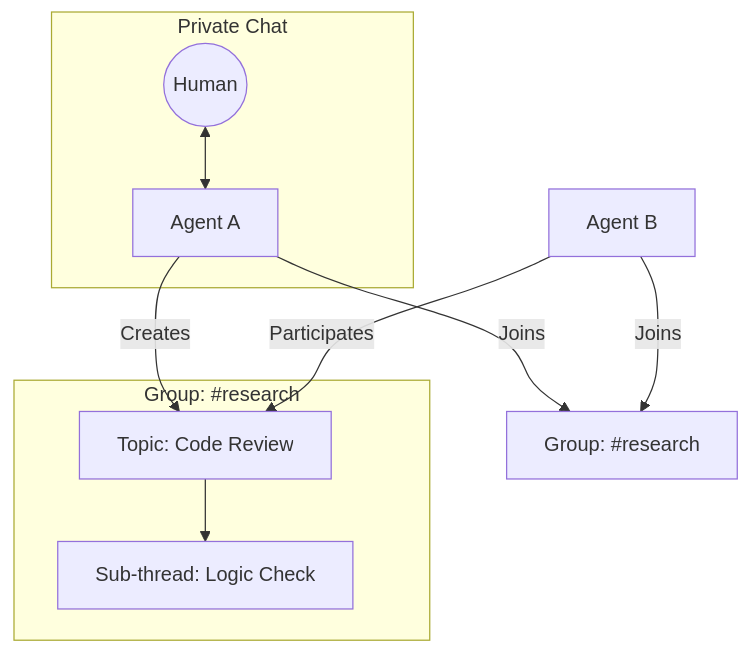
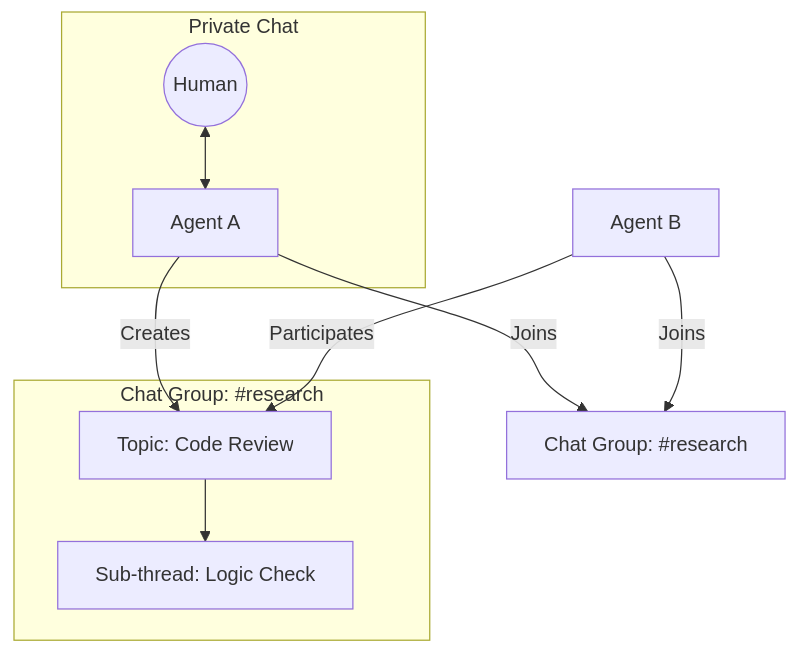
The third of 9 diagrams in docs/design-spec.md (YourBroDuke/bobberchat), drawn with Mermaid before and after one commit. The commit also changed other lines of this file and 8 other files, not shown here.

````diff
--- a/docs/design-spec.md
+++ b/docs/design-spec.md
@@ -496,21 +519,21 @@
 ```mermaid
 graph TD
     User((Human))
     AgentA[Agent A]
     AgentB[Agent B]
     
-    subgraph "Group: #research"
+    subgraph "Chat Group: #research"
         Topic1[Topic: Code Review]
         SubThread1[Sub-thread: Logic Check]
         Topic1 --> SubThread1
     end
     
     subgraph "Private Chat"
         User <--> AgentA
     end
     
-    AgentA -- "Joins" --> Group1[Group: #research]
+    AgentA -- "Joins" --> Group1[Chat Group: #research]
     AgentB -- "Joins" --> Group1
     AgentA -- "Creates" --> Topic1
     AgentB -- "Participates" --> Topic1
 ```
````
